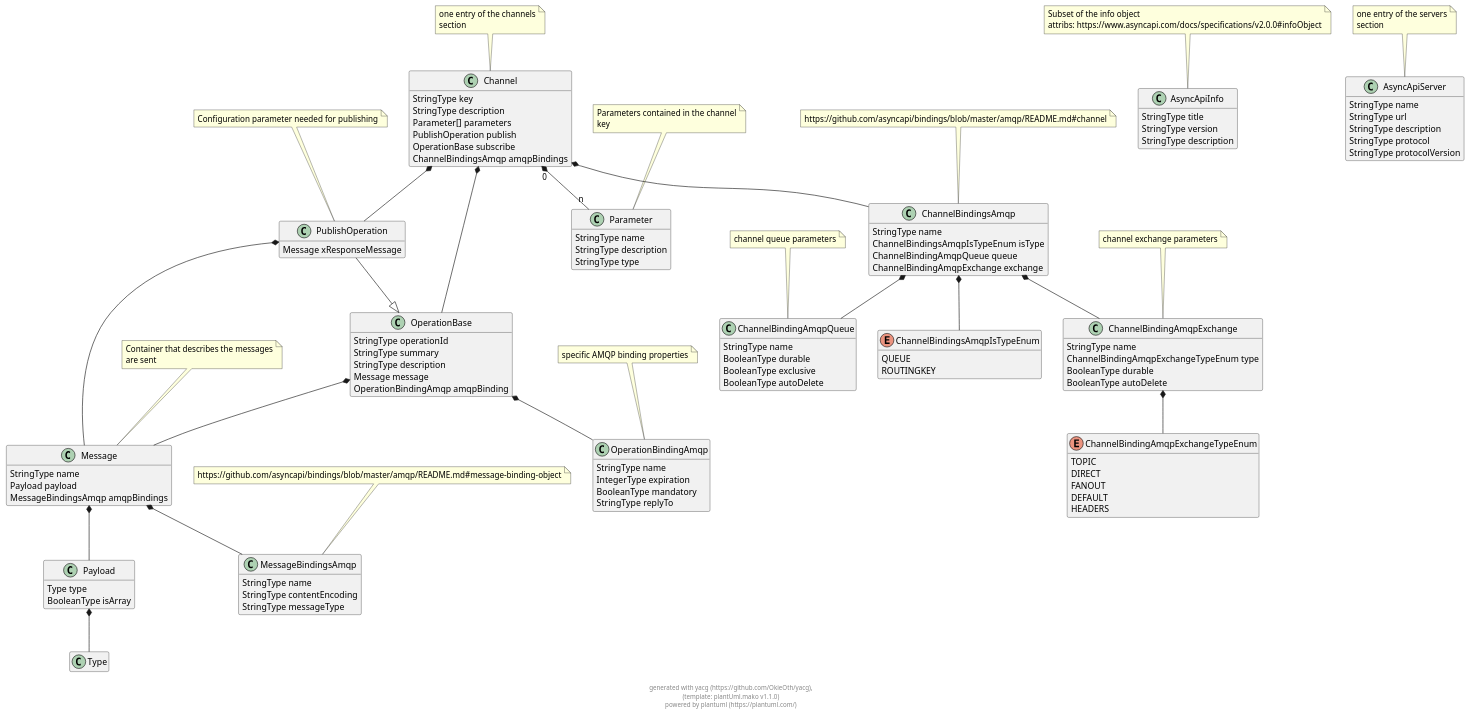
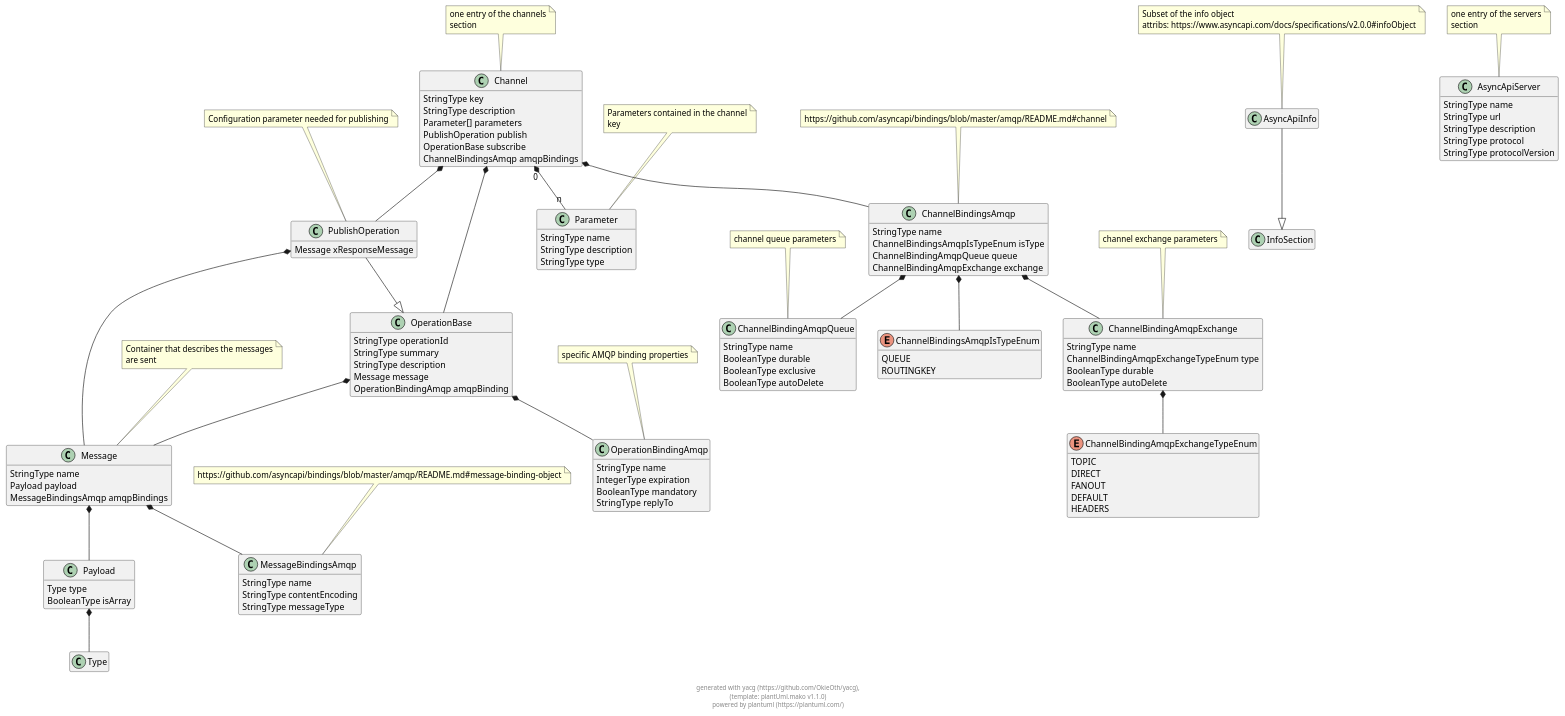
One commit to OkieOth/yacg changed the diagram in docs/puml/yacg_asyncapi.puml. Above: the diagram before and after it, drawn with PlantUML. The commit also changed 4 other files, not shown here.

```diff
--- a/docs/puml/yacg_asyncapi.puml
+++ b/docs/puml/yacg_asyncapi.puml
@@ -30,13 +30,11 @@
 note top: specific AMQP binding properties
 
 class AsyncApiInfo {
-        StringType title
-        StringType version
-        StringType description
 }
 
 note top: Subset of the info object\nattribs: https://www.asyncapi.com/docs/specifications/v2.0.0#infoObject
 
+AsyncApiInfo --|> InfoSection
 class AsyncApiServer {
         StringType name
         StringType url
@@ -154,9 +152,6 @@
 
 
     
-
-
-
     
 
 
```
